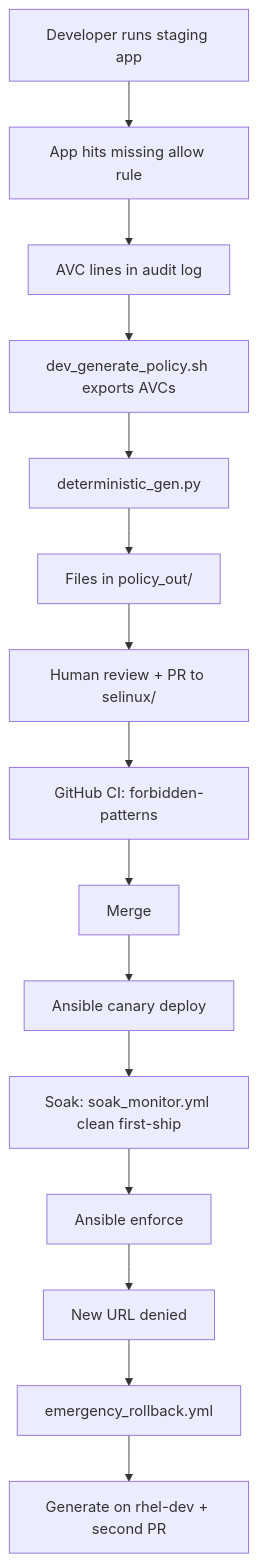
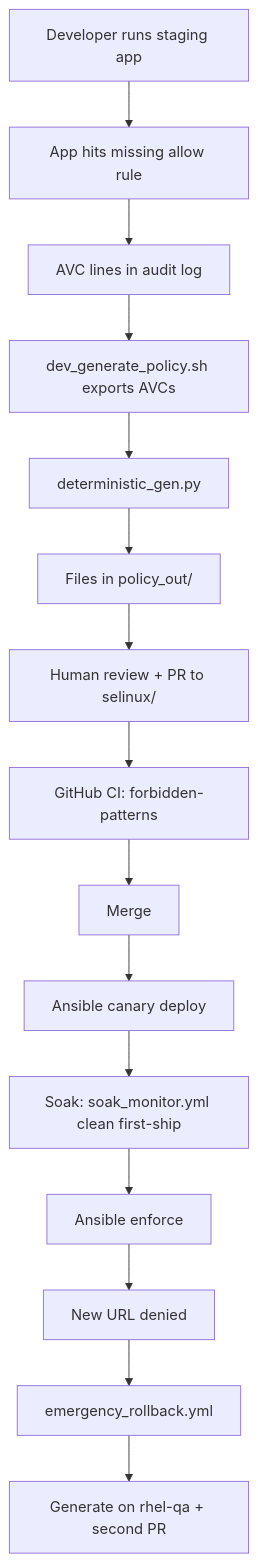
Before and after one commit to anurag-saran/selinux-demo: the diagram in docs/training/CODE_WALKTHROUGH.md, drawn with Mermaid. The commit also changed other lines of this file and 46 other files, not shown here.

````diff
--- a/docs/training/CODE_WALKTHROUGH.md
+++ b/docs/training/CODE_WALKTHROUGH.md
@@ -74,17 +74,17 @@
 ```mermaid
 flowchart TD
   A[Developer runs staging app] --> B[App hits missing allow rule]
   B --> C[AVC lines in audit log]
   C --> D[dev_generate_policy.sh exports AVCs]
   D --> E[deterministic_gen.py]
   E --> F[Files in policy_out/]
   F --> G[Human review + PR to selinux/]
   G --> H[GitHub CI: forbidden-patterns]
   H --> I[Merge]
   I --> J[Ansible canary deploy]
   J --> K[Soak: soak_monitor.yml clean first-ship]
   K --> L[Ansible enforce]
   L --> M[New URL denied]
   M --> N[emergency_rollback.yml]
-  N --> O[Generate on rhel-dev + second PR]
+  N --> O[Generate on rhel-qa + second PR]
 ```
````
